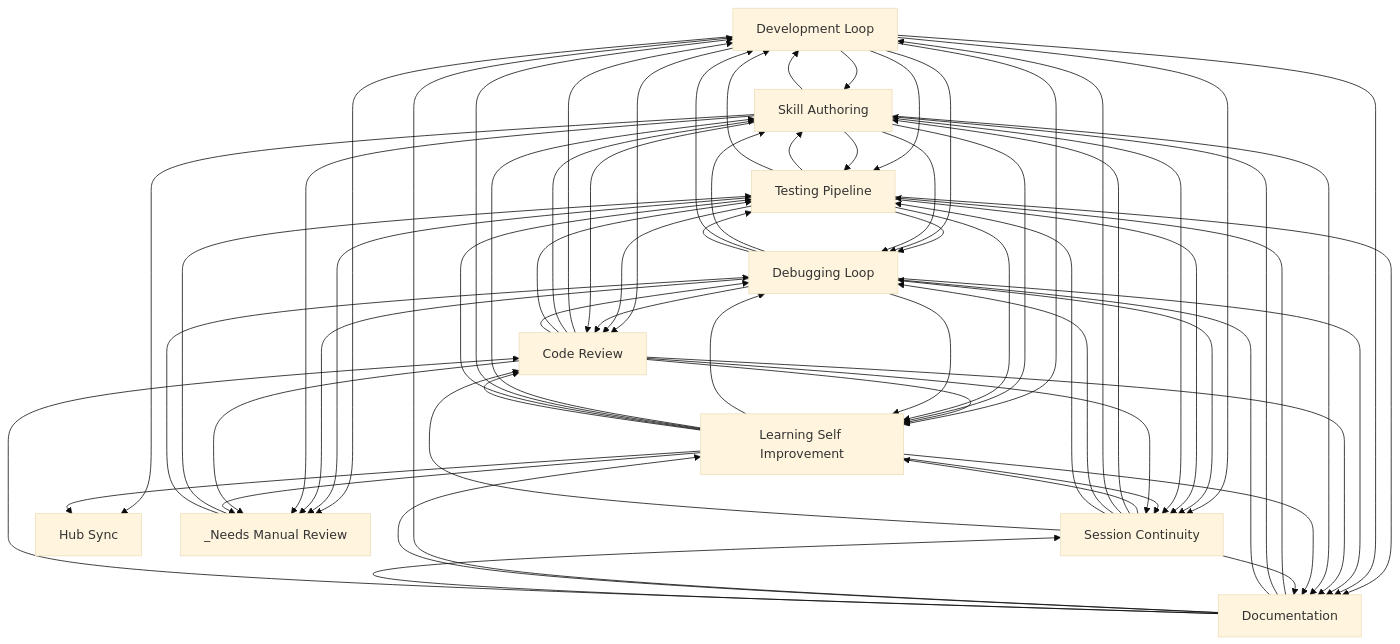
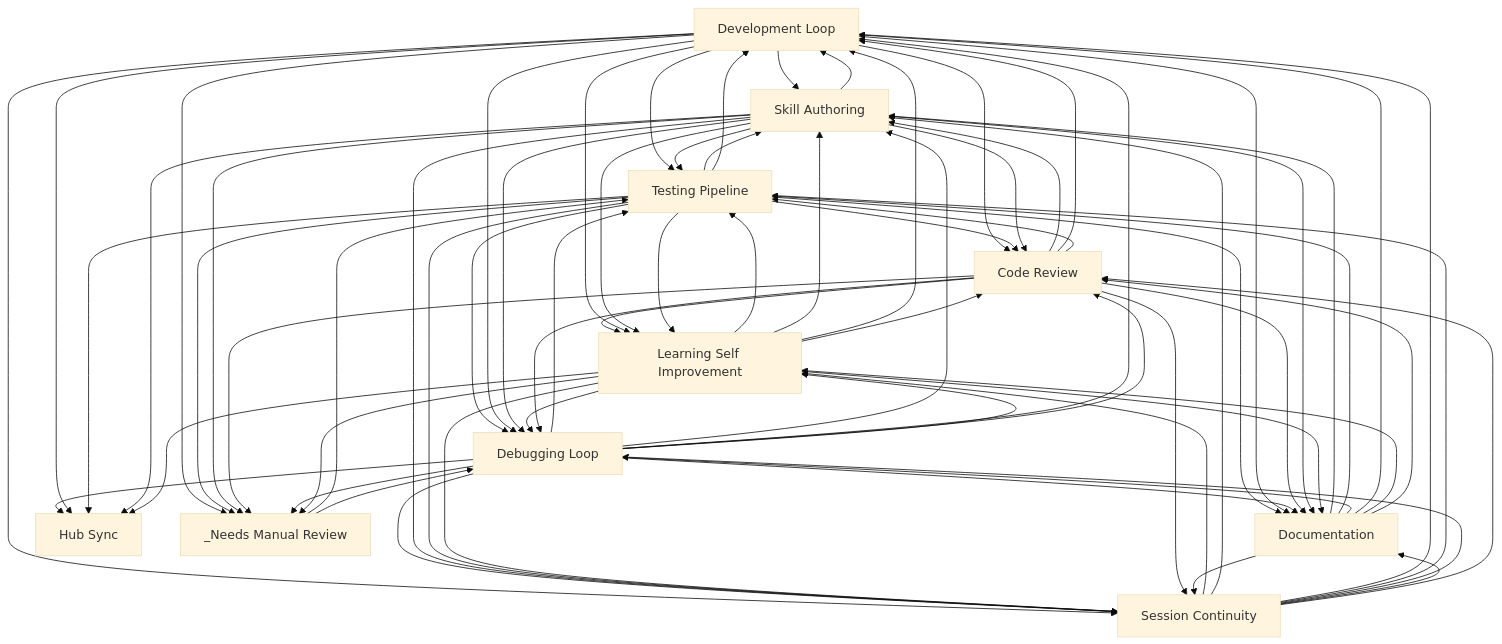
One commit to abhayla/claude-best-practices changed the diagram in docs/workflows/INDEX.md. Above: the diagram before and after it, drawn with Mermaid (base theme). The commit also changed other lines of this file and 12 other files, not shown here.

````diff
--- a/docs/workflows/INDEX.md
+++ b/docs/workflows/INDEX.md
@@ -22,79 +22,82 @@
 ```mermaid
 graph TD
     development_loop[Development Loop]
     testing_pipeline[Testing Pipeline]
     debugging_loop[Debugging Loop]
     learning_self_improvement[Learning Self Improvement]
     session_continuity[Session Continuity]
     skill_authoring[Skill Authoring]
     code_review[Code Review]
     documentation[Documentation]
     hub_sync[Hub Sync]
     _needs_manual_review[_Needs Manual Review]
+    documentation --> skill_authoring
     documentation --> testing_pipeline
-    documentation --> skill_authoring
+    code_review --> skill_authoring
+    code_review --> development_loop
     development_loop --> skill_authoring
     development_loop --> code_review
-    code_review --> development_loop
-    code_review --> skill_authoring
+    code_review --> learning_self_improvement
+    code_review --> testing_pipeline
     development_loop --> learning_self_improvement
     development_loop --> testing_pipeline
-    code_review --> learning_self_improvement
-    code_review --> testing_pipeline
+    skill_authoring --> testing_pipeline
     testing_pipeline --> skill_authoring
-    skill_authoring --> testing_pipeline
-    testing_pipeline --> debugging_loop
     testing_pipeline --> development_loop
     testing_pipeline --> code_review
+    testing_pipeline --> debugging_loop
     testing_pipeline --> documentation
+    debugging_loop --> testing_pipeline
     debugging_loop --> skill_authoring
     debugging_loop --> development_loop
-    debugging_loop --> testing_pipeline
     debugging_loop --> code_review
     development_loop --> debugging_loop
     development_loop --> documentation
     debugging_loop --> documentation
+    skill_authoring --> code_review
     skill_authoring --> development_loop
-    skill_authoring --> code_review
     skill_authoring --> learning_self_improvement
     development_loop --> _needs_manual_review
     testing_pipeline --> _needs_manual_review
     code_review --> documentation
+    session_continuity --> learning_self_improvement
     development_loop --> session_continuity
-    session_continuity --> learning_self_improvement
     _needs_manual_review --> testing_pipeline
     testing_pipeline --> learning_self_improvement
     debugging_loop --> session_continuity
+    skill_authoring --> session_continuity
     testing_pipeline --> session_continuity
-    skill_authoring --> session_continuity
     skill_authoring --> debugging_loop
     _needs_manual_review --> debugging_loop
     debugging_loop --> learning_self_improvement
-    learning_self_improvement --> debugging_loop
+    learning_self_improvement --> testing_pipeline
     learning_self_improvement --> skill_authoring
     learning_self_improvement --> development_loop
-    learning_self_improvement --> testing_pipeline
     learning_self_improvement --> code_review
+    learning_self_improvement --> debugging_loop
     code_review --> debugging_loop
-    debugging_loop --> _needs_manual_review
     skill_authoring --> _needs_manual_review
     code_review --> _needs_manual_review
+    debugging_loop --> _needs_manual_review
     skill_authoring --> documentation
     learning_self_improvement --> session_continuity
     code_review --> session_continuity
     session_continuity --> skill_authoring
     session_continuity --> development_loop
+    session_continuity --> testing_pipeline
     session_continuity --> debugging_loop
-    session_continuity --> testing_pipeline
+    debugging_loop --> hub_sync
+    development_loop --> hub_sync
+    testing_pipeline --> hub_sync
     skill_authoring --> hub_sync
     learning_self_improvement --> hub_sync
     learning_self_improvement --> _needs_manual_review
     documentation --> debugging_loop
     documentation --> development_loop
     documentation --> learning_self_improvement
     learning_self_improvement --> documentation
     session_continuity --> documentation
     session_continuity --> code_review
     documentation --> code_review
     documentation --> session_continuity
 ```
````
